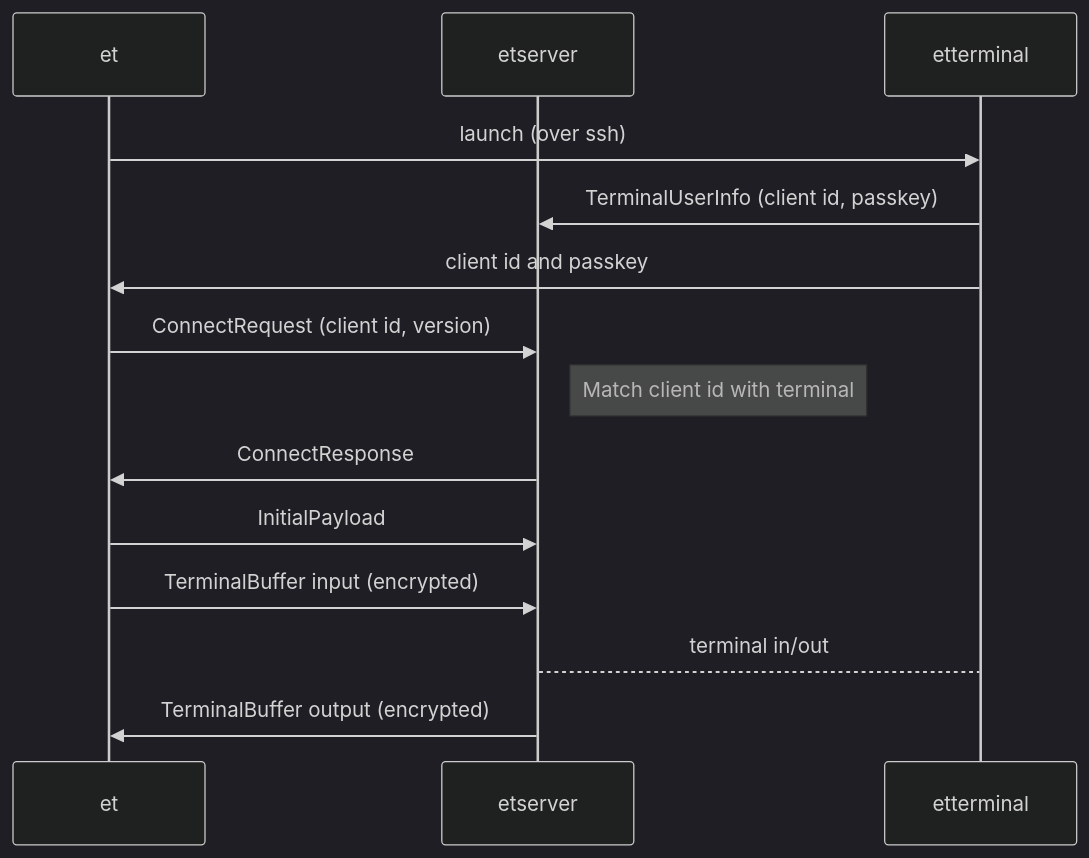
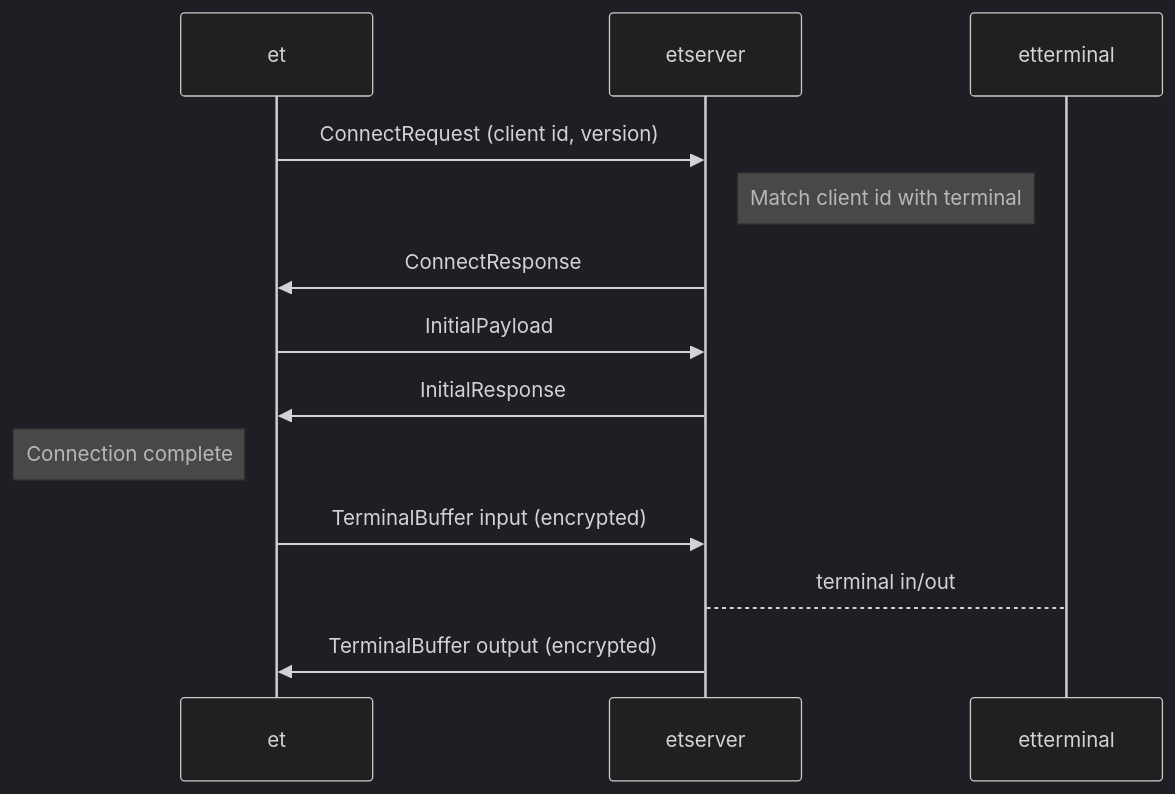
One commit to MisterTea/EternalTerminal changed the second of 5 diagrams in docs/protocol.md. Above: the diagram before and after it, drawn with Mermaid (dark theme). The commit also changed other lines of this file, not shown here.

Commit message:
Add mermaid diagrams for connection/reconnection

````diff
--- a/docs/protocol.md
+++ b/docs/protocol.md
@@ -14,21 +64,19 @@
 ```mermaid
 sequenceDiagram
     participant et
     participant etserver
     participant etterminal
     
-    et->>etterminal: launch (over ssh)
-
-    etterminal->>etserver: TerminalUserInfo (client id, passkey)
-    etterminal->>et: client id and passkey
-
     et->>etserver: ConnectRequest (client id, version)
     Note right of etserver: Match client id with terminal
     etserver->>et: ConnectResponse
 
     et->>etserver: InitialPayload
+    etserver->>et: InitialResponse
+
+    Note left of et: Connection complete
 
     et->>etserver: TerminalBuffer input (encrypted)
     etserver-->etterminal: terminal in/out
     etserver->>et: TerminalBuffer output (encrypted)
 ```
````
